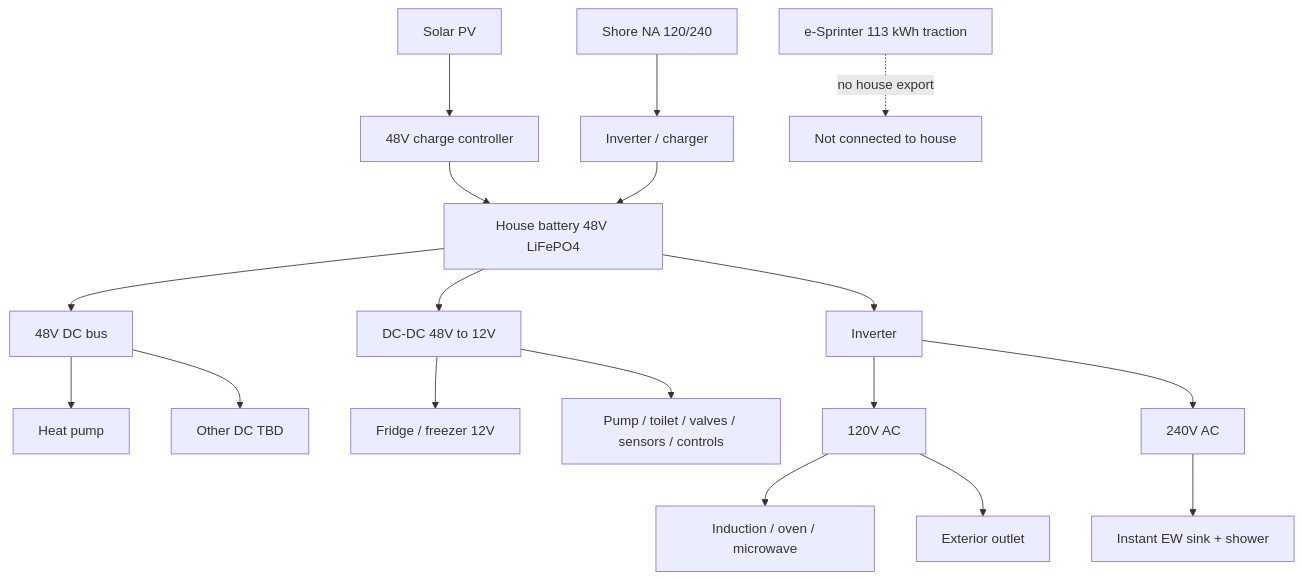
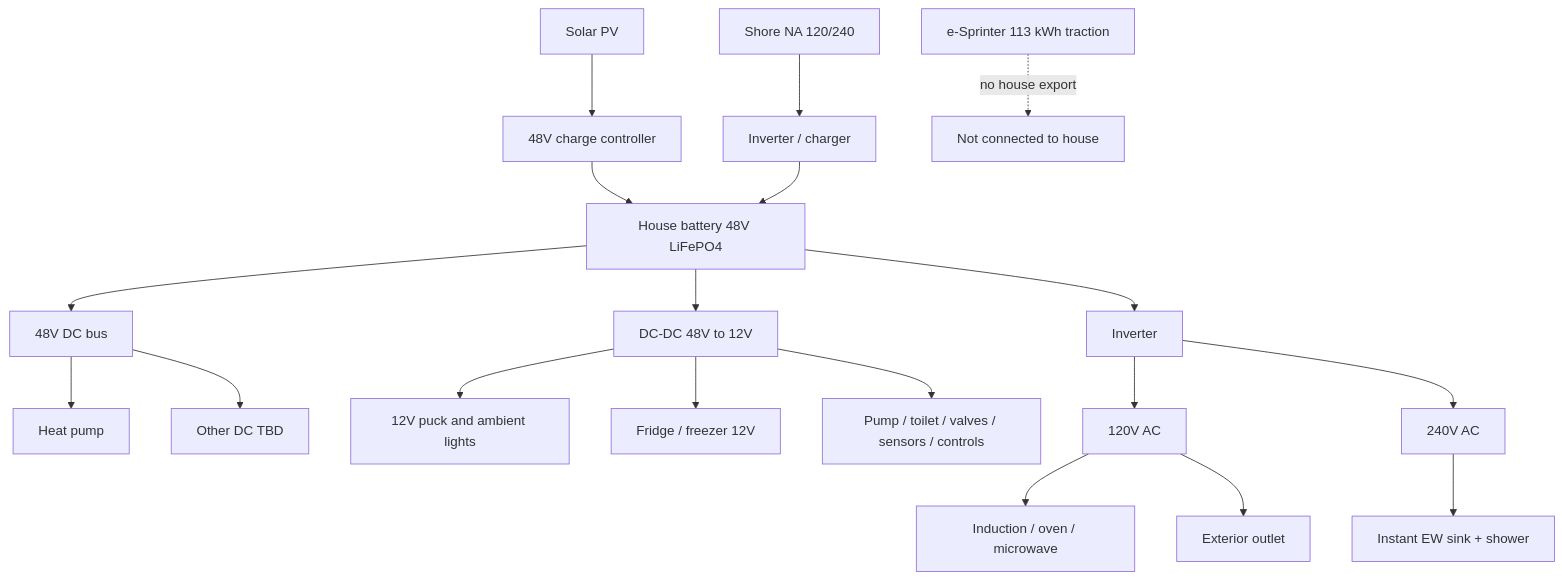
Before and after one commit to ehoogerbeets/vango: the diagram in docs/02-architecture/electrical.md, drawn with Mermaid. The commit also changed other lines of this file and 25 other files, not shown here.

````diff
--- a/docs/02-architecture/electrical.md
+++ b/docs/02-architecture/electrical.md
@@ -32,23 +32,24 @@
 ```mermaid
 flowchart TD
   solar[Solar PV] --> sc[48V charge controller]
   shore[Shore NA 120/240] --> ic[Inverter / charger]
   sc --> batt[House battery 48V LiFePO4]
   ic --> batt
   traction[e-Sprinter 113 kWh traction] -.->|no house export| x[Not connected to house]
 
   batt --> dc48[48V DC bus]
   dc48 --> hp[Heat pump]
   dc48 --> other48[Other DC TBD]
 
   batt --> dcdc[DC-DC 48V to 12V]
+  dcdc --> lights[12V puck and ambient lights]
   dcdc --> fridge[Fridge / freezer 12V]
   dcdc --> lv[Pump / toilet / valves / sensors / controls]
 
   batt --> inv[Inverter]
   inv --> ac120[120V AC]
   ac120 --> cook[Induction / oven / microwave]
   ac120 --> ext[Exterior outlet]
   inv --> ac240[240V AC]
   ac240 --> hw[Instant EW sink + shower]
 ```
````
